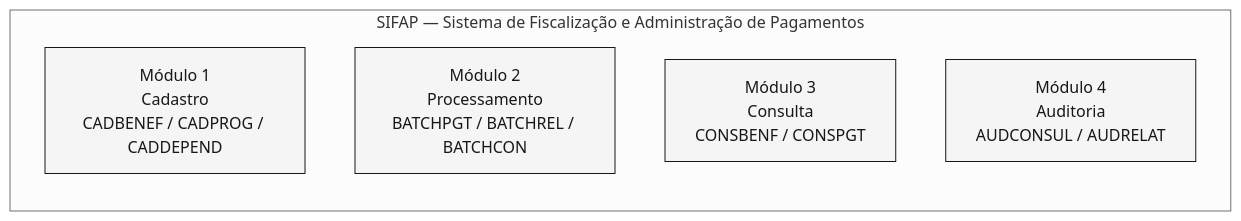
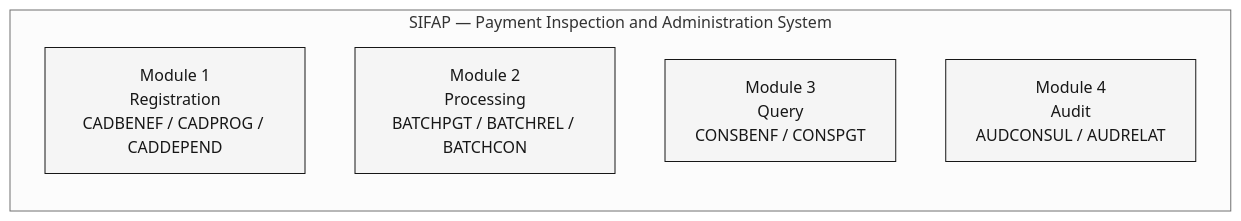
One commit to paulasilvatech/datacorp-mm-team-kit changed the first of 6 diagrams in 01-arqueologia/legado-sifap/legacy-docs/ARQUITETURA-ORIGINAL-1997.md. Above: the diagram before and after it, drawn with Mermaid. The commit also changed other lines of this file and 169 other files, not shown here.

````diff
--- a/01-arqueologia/legado-sifap/legacy-docs/ARQUITETURA-ORIGINAL-1997.md
+++ b/01-arqueologia/legado-sifap/legacy-docs/ARQUITETURA-ORIGINAL-1997.md
@@ -101,13 +101,13 @@
 ```mermaid
 %%{init: {'theme':'neutral','themeVariables':{'fontFamily':'ui-sans-serif, system-ui, sans-serif','primaryColor':'#F5F5F5','primaryTextColor':'#171717','primaryBorderColor':'#171717','lineColor':'#525252','secondaryColor':'#FFFFFF','tertiaryColor':'#FAFAFA','background':'#FFFFFF'}}}%%
 flowchart LR
     classDef step fill:#F5F5F5,stroke:#171717,color:#171717
     classDef muted fill:#FAFAFA,stroke:#A3A3A3,color:#404040
 
-    subgraph SIFAP["SIFAP — Sistema de Fiscalização e Administração de Pagamentos"]
-        M1["Módulo 1<br/>Cadastro<br/>CADBENEF / CADPROG / CADDEPEND"]:::step
-        M2["Módulo 2<br/>Processamento<br/>BATCHPGT / BATCHREL / BATCHCON"]:::step
-        M3["Módulo 3<br/>Consulta<br/>CONSBENF / CONSPGT"]:::step
-        M4["Módulo 4<br/>Auditoria<br/>AUDCONSUL / AUDRELAT"]:::step
+    subgraph SIFAP["SIFAP — Payment Inspection and Administration System"]
+        M1["Module 1<br/>Registration<br/>CADBENEF / CADPROG / CADDEPEND"]:::step
+        M2["Module 2<br/>Processing<br/>BATCHPGT / BATCHREL / BATCHCON"]:::step
+        M3["Module 3<br/>Query<br/>CONSBENF / CONSPGT"]:::step
+        M4["Module 4<br/>Audit<br/>AUDCONSUL / AUDRELAT"]:::step
     end
 ```
````
